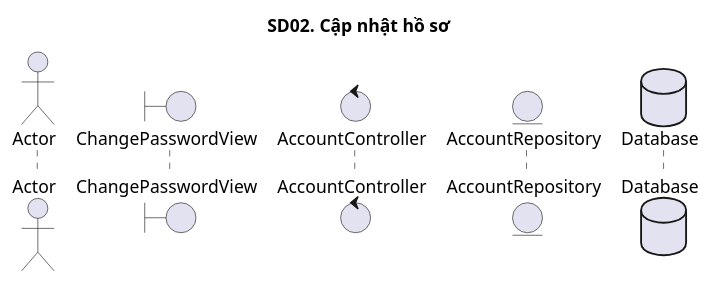
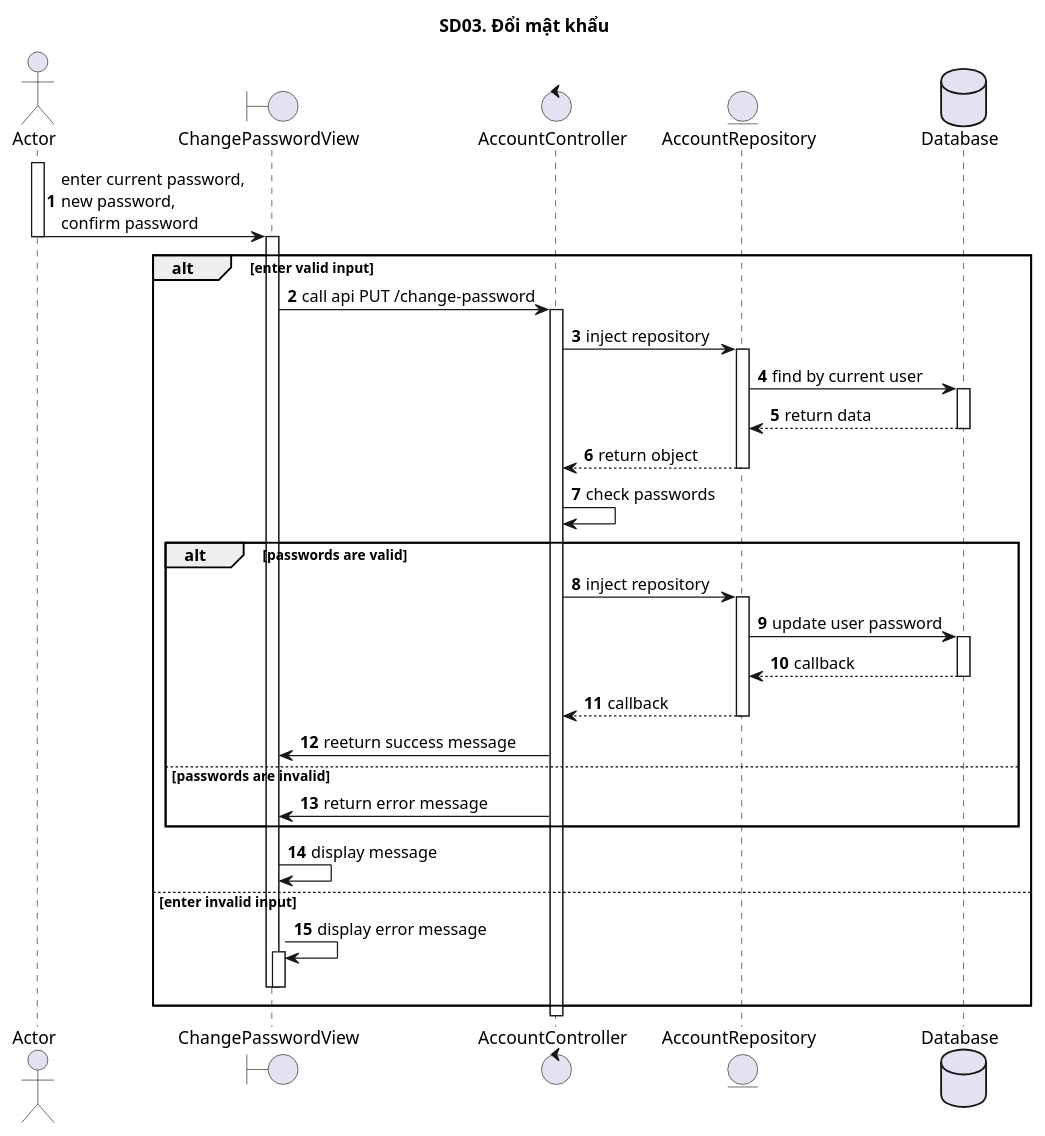
The diagram in 03_DoiMatKhau/sd3.puml (ITZ-Developers/Finance-UML), drawn with PlantUML before and after one commit.

```diff
--- a/03_DoiMatKhau/sd3.puml
+++ b/03_DoiMatKhau/sd3.puml
@@ -1,9 +1,45 @@
 @startuml SQ
 autonumber
-title SD02. Cập nhật hồ sơ
+title SD03. Đổi mật khẩu
 actor "Actor" as actor
 boundary "ChangePasswordView" as view
 control "AccountController" as controller
 entity "AccountRepository" as model
 database "Database" as database
+activate actor
+actor -> view : enter current password,\nnew password,\nconfirm password
+deactivate actor
+alt enter valid input
+activate view
+view -> controller : call api PUT /change-password
+activate controller
+controller -> model : inject repository
+activate model
+model -> database : find by current user
+activate database
+database --> model : return data
+deactivate database
+model --> controller : return object
+deactivate model
+controller -> controller: check passwords
+alt passwords are valid
+controller -> model : inject repository
+activate model
+model -> database : update user password
+activate database
+database --> model : callback
+deactivate database
+model --> controller : callback
+deactivate model
+controller -> view: reeturn success message
+else passwords are invalid
+controller -> view: return error message
+end
+view -> view: display message
+else enter invalid input
+view -> view: display error message
+activate view
+deactivate view
+deactivate view
+end
 @enduml
```
